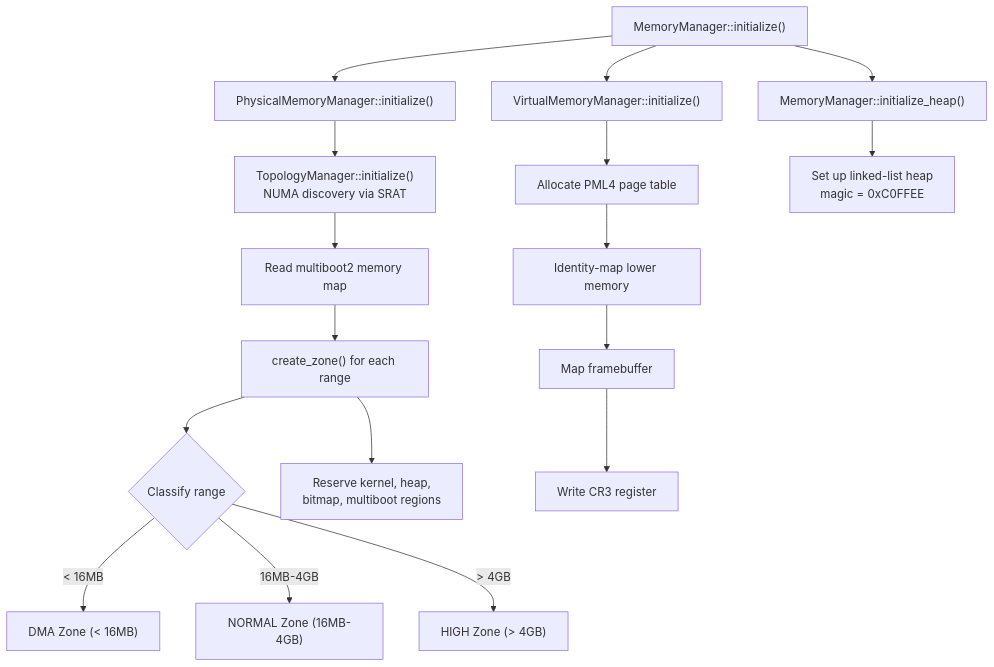
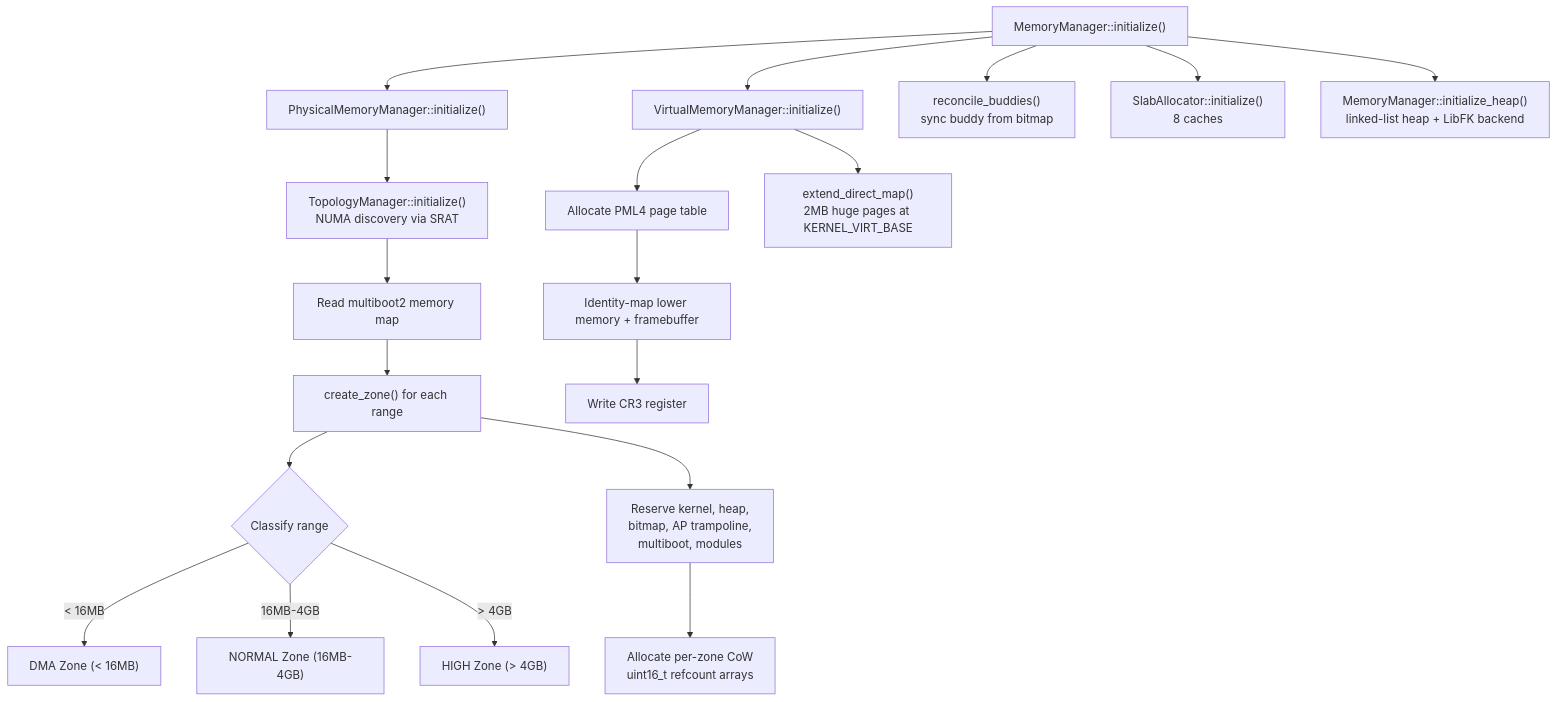
Before and after one commit to KitsuneBSD/FKernel: the second of 8 diagrams in Docs/Domains/memory-management-guide.md, drawn with Mermaid. The commit also changed other lines of this file and 15 other files, not shown here.

Commit message:
docs: update TODO.md and architecture documentation for session 12

````diff
--- a/Docs/Domains/memory-management-guide.md
+++ b/Docs/Domains/memory-management-guide.md
@@ -41,31 +45,37 @@
 ```mermaid
 flowchart TD
     INIT["MemoryManager::initialize()"]
     PMM_INIT["PhysicalMemoryManager::initialize()"]
     TOPO["TopologyManager::initialize()<br/>NUMA discovery via SRAT"]
     MEMMAP["Read multiboot2 memory map"]
     CREATE_ZONES["create_zone() for each range"]
     CLASSIFY{Classify range}
     DMA["DMA Zone (< 16MB)"]
     NORMAL["NORMAL Zone (16MB-4GB)"]
     HIGH["HIGH Zone (> 4GB)"]
-    RESERVE["Reserve kernel, heap,<br/>bitmap, multiboot regions"]
+    RESERVE["Reserve kernel, heap,<br/>bitmap, AP trampoline,<br/>multiboot, modules"]
+    COW_ALLOC["Allocate per-zone CoW<br/>uint16_t refcount arrays"]
     VMM_INIT["VirtualMemoryManager::initialize()"]
     PML4["Allocate PML4 page table"]
-    IDENTITY["Identity-map lower memory"]
-    FB["Map framebuffer"]
+    IDENTITY["Identity-map lower memory + framebuffer"]
     CR3["Write CR3 register"]
-    HEAP_INIT["MemoryManager::initialize_heap()"]
-    BLOCKS["Set up linked-list heap<br/>magic = 0xC0FFEE"]
+    DIRECT_MAP["extend_direct_map()<br/>2MB huge pages at KERNEL_VIRT_BASE"]
+    RECONCILE["reconcile_buddies()<br/>sync buddy from bitmap"]
+    SLAB_INIT["SlabAllocator::initialize()<br/>8 caches"]
+    HEAP_INIT["MemoryManager::initialize_heap()<br/>linked-list heap + LibFK backend"]
 
     INIT --> PMM_INIT
     PMM_INIT --> TOPO --> MEMMAP --> CREATE_ZONES
     CREATE_ZONES --> CLASSIFY
     CLASSIFY -->|"< 16MB"| DMA
     CLASSIFY -->|"16MB-4GB"| NORMAL
     CLASSIFY -->|"> 4GB"| HIGH
     CREATE_ZONES --> RESERVE
+    RESERVE --> COW_ALLOC
     INIT --> VMM_INIT
-    VMM_INIT --> PML4 --> IDENTITY --> FB --> CR3
-    INIT --> HEAP_INIT --> BLOCKS
+    VMM_INIT --> PML4 --> IDENTITY --> CR3
+    VMM_INIT --> DIRECT_MAP
+    INIT --> RECONCILE
+    INIT --> SLAB_INIT
+    INIT --> HEAP_INIT
 ```
````
